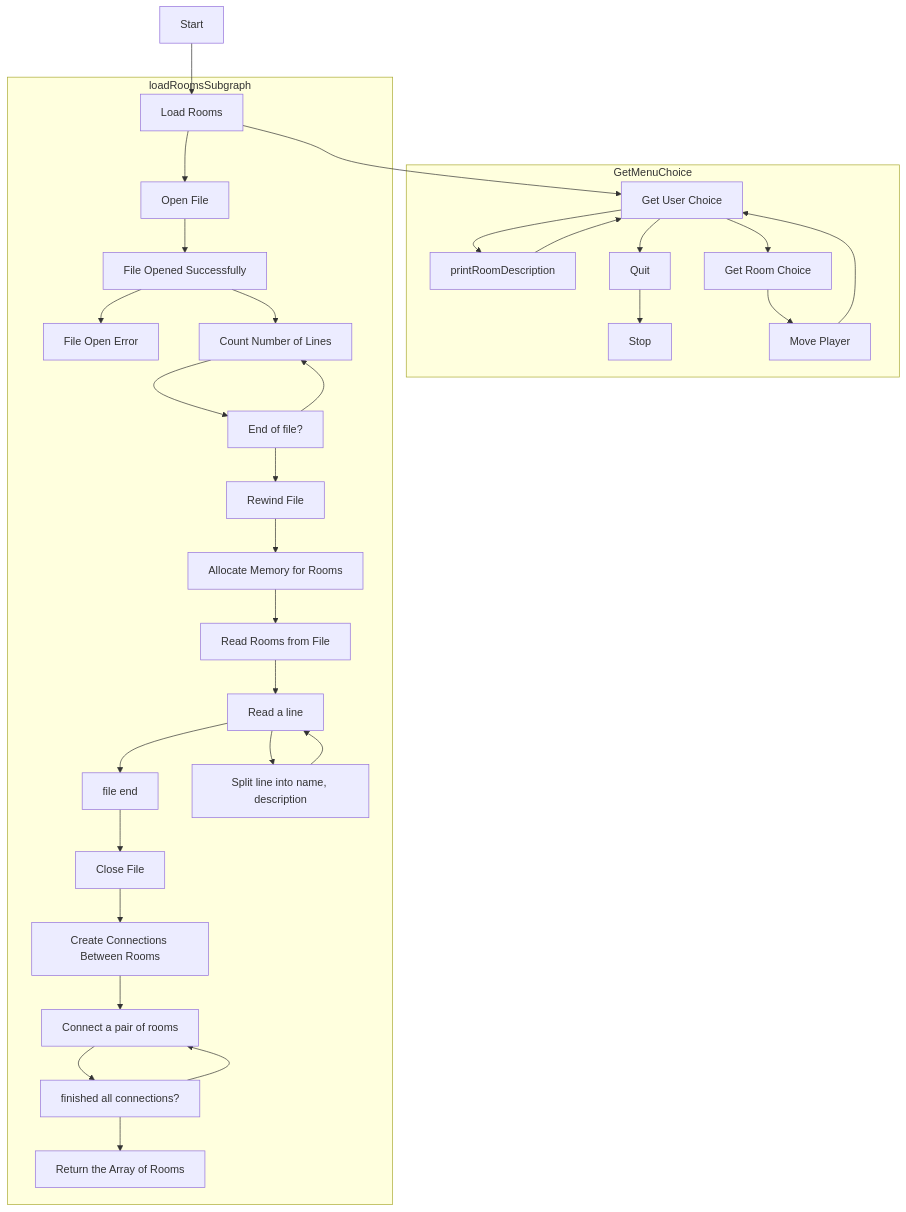
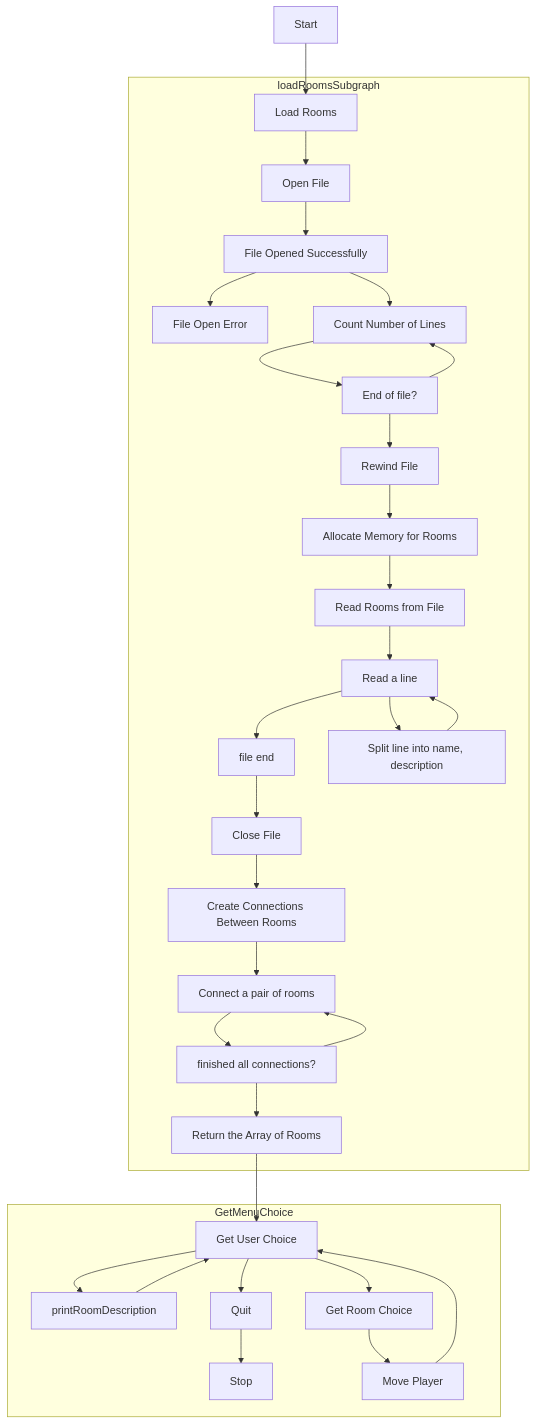
One commit to iiCHROME17/TextAdventureCGame changed the diagram in diagrams.md. Above: the diagram before and after it, drawn with Mermaid.

````diff
--- a/diagrams.md
+++ b/diagrams.md
@@ -1,64 +1,64 @@
 ```mermaid
 
 
 
 graph TD
 
 
 start[Start] --> loadRooms[Load Rooms]
-loadRooms --> getMenuChoice
+returnRooms --> getMenuChoice
 stop[End]
 
 
 subgraph GetMenuChoice
 
   printRoomDescription --> getMenuChoice[Get User Choice]
 
   getMenuChoice --> printRoomDescription
 
   getMenuChoice --> getRoomChoice[Get Room Choice]
 
   getMenuChoice --> quitGame[Quit]
 
   getRoomChoice --> movePlayer[Move Player]
 
   movePlayer --> getMenuChoice
 
   quitGame --> stop[Stop]
 
 end
 
 subgraph loadRoomsSubgraph
 
   loadRooms[Load Rooms]
 
   loadRooms --> openFile[Open File]
 
   openFile --> checkFile[File Opened Successfully]
   checkFile --> exit[File Open Error]
   
   checkFile --> countLines[Count Number of Lines]
   
   countLines --> reachedEnd[End of file?]
   reachedEnd --> countLines
   reachedEnd --> rewindFile
   rewindFile[Rewind File]
 
   rewindFile --> allocateMemory[Allocate Memory for Rooms]
 
   allocateMemory --> readRooms[Read Rooms from File]
   readRooms --> getLine[Read a line]
   getLine --> endOfFile[file end]
   getLine --> processLine[Split line into name, description]
   processLine --> getLine
   endOfFile --> closeFile[Close File]
   
   closeFile --> createConnections[Create Connections Between Rooms]
   createConnections --> connectOne[Connect a pair of rooms]
   connectOne --> allDone[finished all connections?]
   allDone --> connectOne
   
   allDone --> returnRooms[Return the Array of Rooms]
 
 end
 ```
````
